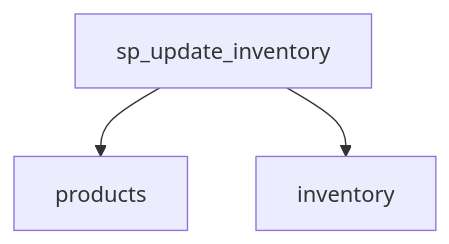
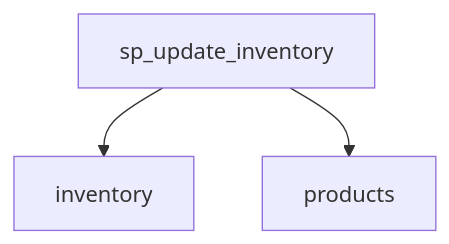
The fourth of 5 diagrams in document/procedures.md (25Jayesh10/Data_Lineage_Analyzer), drawn with Mermaid before and after one commit. The commit also changed other lines of this file and 18 other files, not shown here.

````diff
--- a/document/procedures.md
+++ b/document/procedures.md
@@ -172,5 +170,5 @@
 ```mermaid
 graph TD
+    sp_update_inventory --> inventory
     sp_update_inventory --> products
-    sp_update_inventory --> inventory
 ```
````
